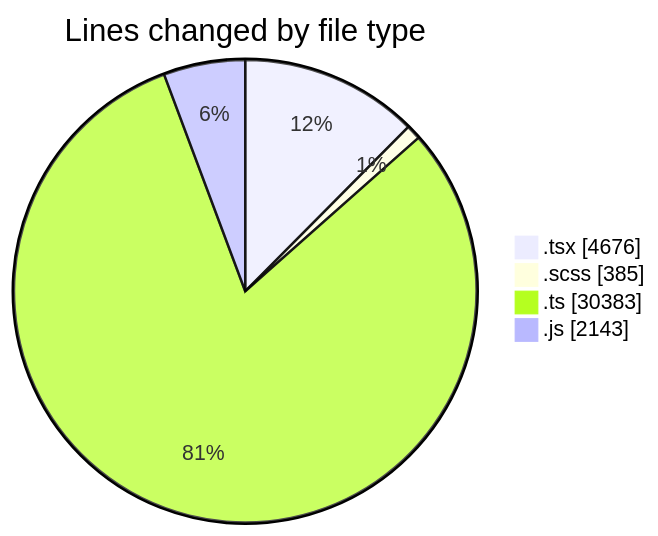
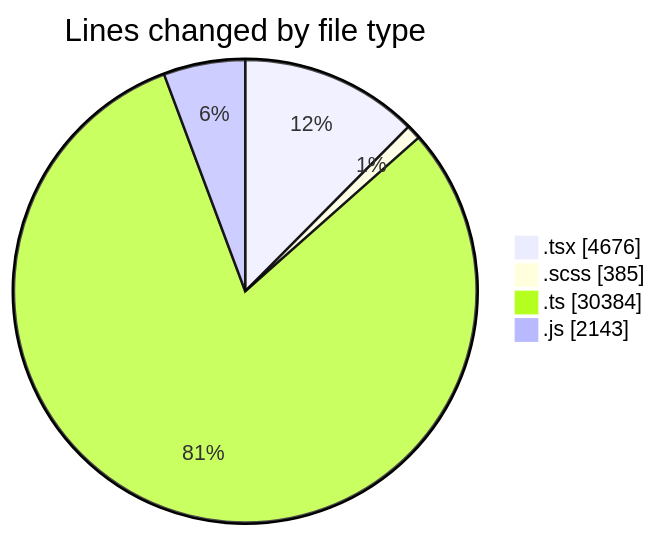
Before and after one commit to momahboobian/code-tracking: the first of 2 diagrams in 2025-06-17/cda/README.md, drawn with Mermaid. The commit also changed other lines of this file and 1 other file, not shown here.

````diff
--- a/2025-06-17/cda/README.md
+++ b/2025-06-17/cda/README.md
@@ -48,8 +48,8 @@
 ```mermaid
 pie showData
 title Lines changed by file type
 ".tsx" : 4676
 ".scss" : 385
-".ts" : 30383
+".ts" : 30384
 ".js" : 2143
 ```
````
